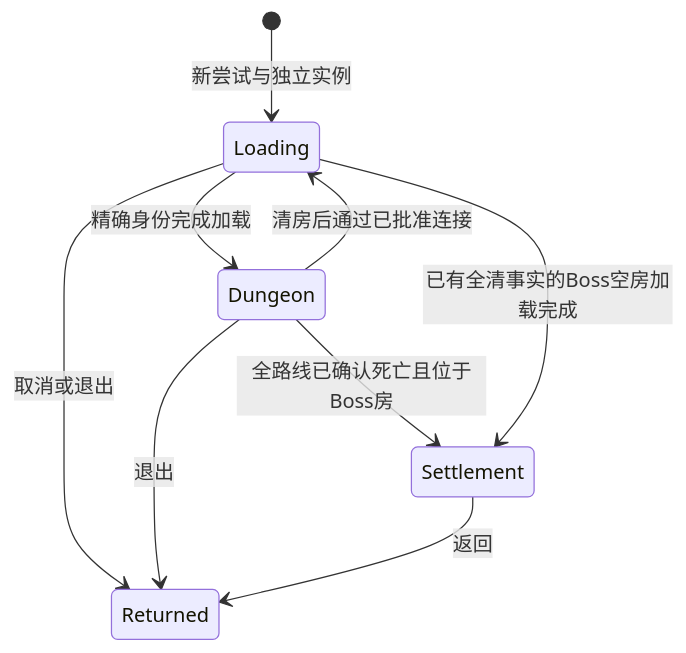
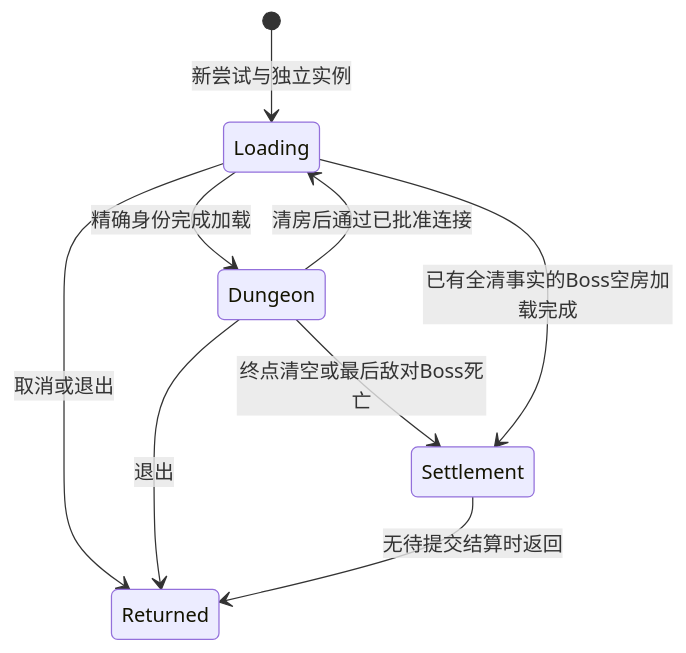
One commit to wangpan0504/servers5a9-WFG changed the diagram in Docs/模块/单人副本实例.md. Above: the diagram before and after it, drawn with Mermaid. The commit also changed other lines of this file and 44 other files, not shown here.

````diff
--- a/Docs/模块/单人副本实例.md
+++ b/Docs/模块/单人副本实例.md
@@ -11,11 +11,11 @@
 ```mermaid
 stateDiagram-v2
     [*] --> Loading: 新尝试与独立实例
     Loading --> Dungeon: 精确身份完成加载
     Dungeon --> Loading: 清房后通过已批准连接
-    Dungeon --> Settlement: 全路线已确认死亡且位于Boss房
+    Dungeon --> Settlement: 终点清空或最后敌对Boss死亡
     Loading --> Settlement: 已有全清事实的Boss空房加载完成
     Loading --> Returned: 取消或退出
     Dungeon --> Returned: 退出
-    Settlement --> Returned: 返回
+    Settlement --> Returned: 无待提交结算时返回
 ```
````
